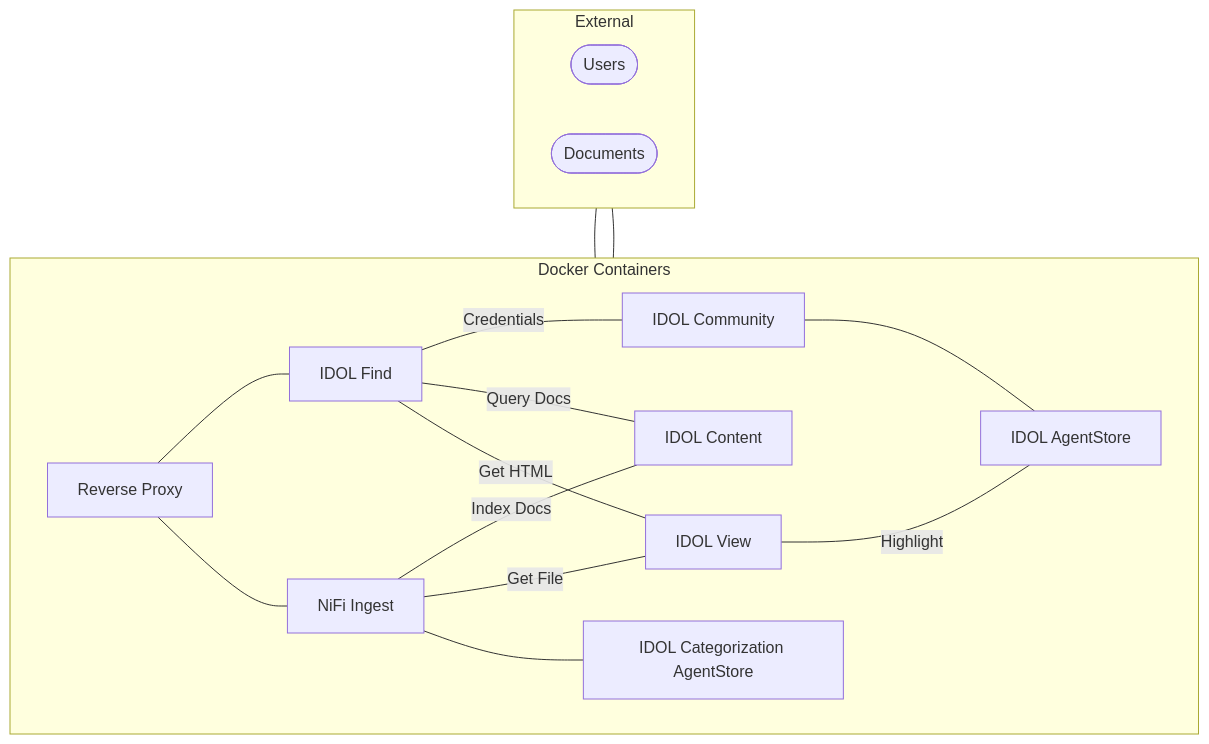
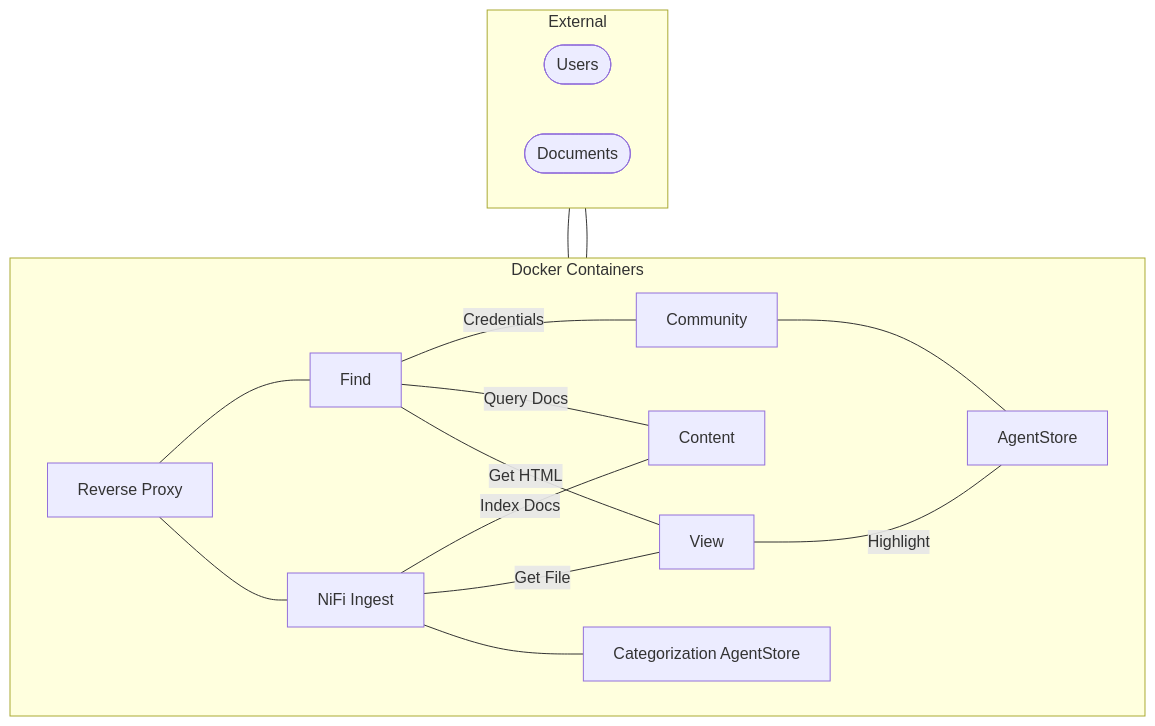
The diagram in tutorials/introduction/containers/PART_II.md (opentext-idol/idol-tutorials), drawn with Mermaid before and after one commit. The commit also changed other lines of this file and 70 other files, not shown here.

````diff
--- a/tutorials/introduction/containers/PART_II.md
+++ b/tutorials/introduction/containers/PART_II.md
@@ -83,32 +87,32 @@
 ```mermaid
 flowchart TB
 
   subgraph external[External]
     direction LR
     users([Users])
     files([Documents])
   end
 
   subgraph internal[Docker Containers]
     direction LR
     ingest[NiFi Ingest]
-    dre[IDOL Content]
-    view[IDOL View]
-    find[IDOL Find]
-    comm[IDOL Community]
-    agent[IDOL AgentStore]
-    catagent[IDOL Categorization AgentStore]
+    dre[Content]
+    view[View]
+    find[Find]
+    comm[Community]
+    agent[AgentStore]
+    catagent[Categorization AgentStore]
     proxy[Reverse Proxy]
   end
 
   files --- ingest
   users --- proxy --- find
   proxy --- ingest
   ingest -- Index Docs--- dre 
   find -- Credentials --- comm --- agent
   find -- Query Docs --- dre
   ingest -- Get File --- view
   ingest --- catagent
   find -- Get HTML --- view
   view -- Highlight --- agent
 ```
````
